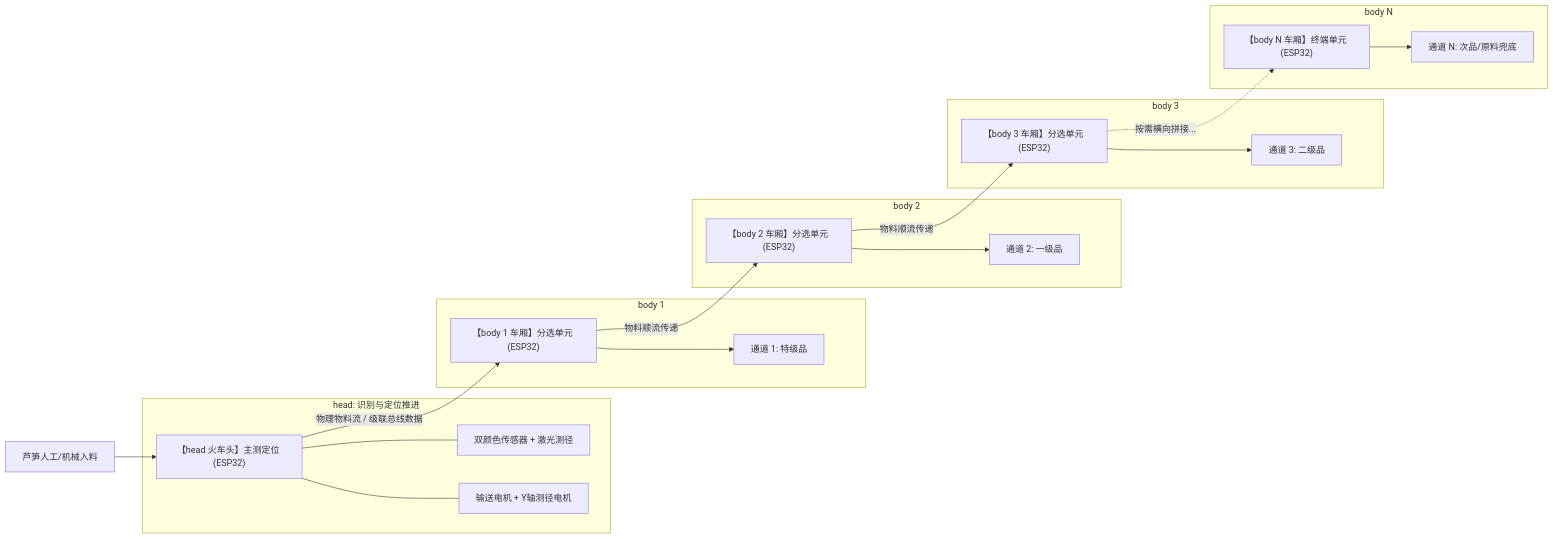
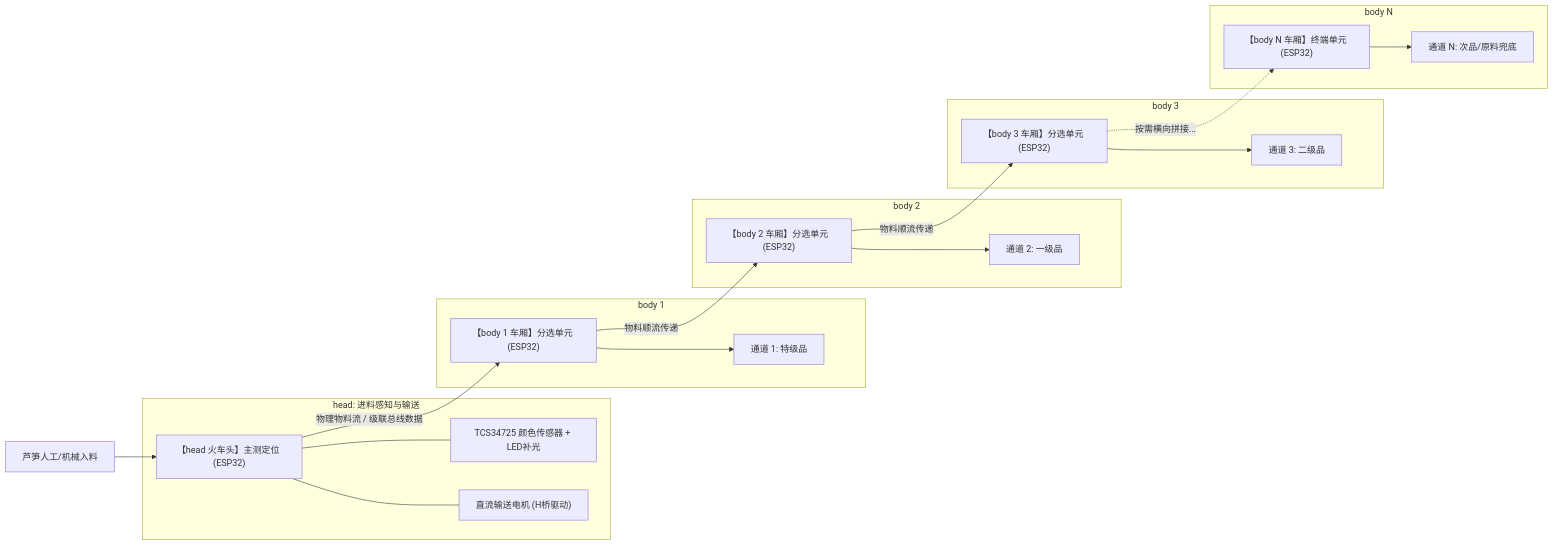
Before and after one commit to voicevon/thin_wall: the diagram in README.md, drawn with Mermaid. The commit also changed other lines of this file and 6 other files, not shown here.

Commit message:
feat: add web interface and firmware source for TCS34725 color sensor head

````diff
--- a/README.md
+++ b/README.md
@@ -14,27 +14,27 @@
 ```mermaid
 graph LR
     In["芦笋人工/机械入料"] --> Head["【head 火车头】主测定位 (ESP32)"]
     
-    subgraph HeadUnit ["head: 识别与定位推进"]
-        Head --- S_opt["双颜色传感器 + 激光测径"]
-        Head --- M_in["输送电机 + Y轴测径电机"]
+    subgraph HeadUnit ["head: 进料感知与输送"]
+        Head --- S_opt["TCS34725 颜色传感器 + LED补光"]
+        Head --- M_in["直流输送电机 (H桥驱动)"]
     end
 
     Head -->|"物理物料流 / 级联总线数据"| B1["【body 1 车厢】分选单元 (ESP32)"]
     B1 -->|"物料顺流传递"| B2["【body 2 车厢】分选单元 (ESP32)"]
     B2 -->|"物料顺流传递"| B3["【body 3 车厢】分选单元 (ESP32)"]
     B3 -.->|"按需横向拼接..."| BN["【body N 车厢】终端单元 (ESP32)"]
 
     subgraph Body1Action ["body 1"]
         B1 --> Out1["通道 1: 特级品"]
     end
     subgraph Body2Action ["body 2"]
         B2 --> Out2["通道 2: 一级品"]
     end
     subgraph Body3Action ["body 3"]
         B3 --> Out3["通道 3: 二级品"]
     end
     subgraph BNAction ["body N"]
         BN --> OutN["通道 N: 次品/原料兜底"]
     end
 ```
````
